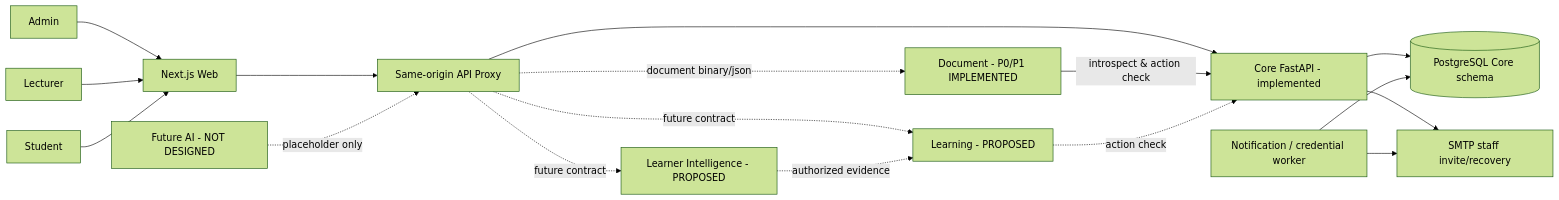
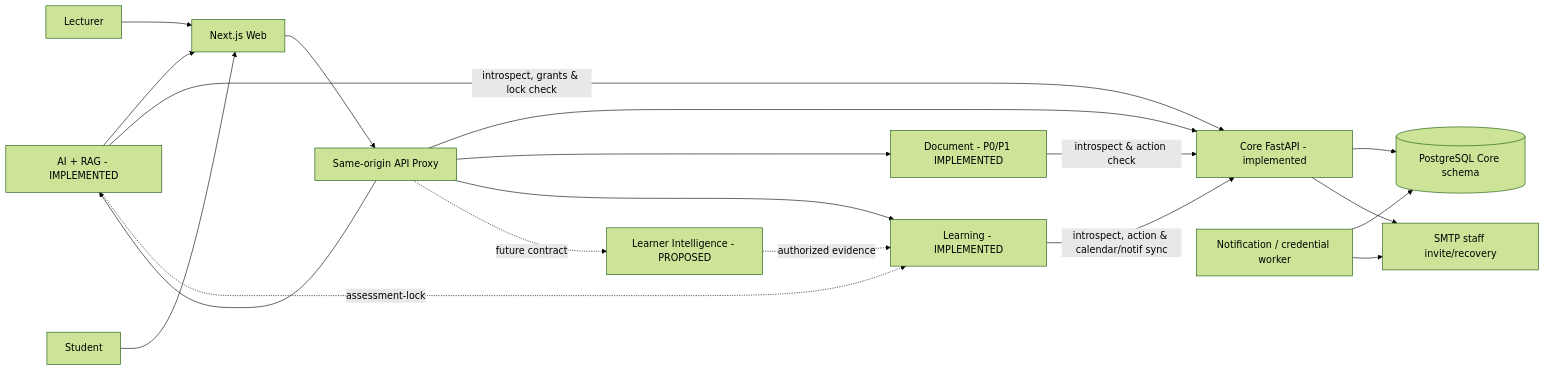
One commit to quantd0106/DATN changed the first of 2 diagrams in docs/architect/lumi-design/08_HLD.md. Above: the diagram before and after it, drawn with Mermaid (forest theme). The commit also changed other lines of this file and 107 other files, not shown here.

````diff
--- a/docs/architect/lumi-design/08_HLD.md
+++ b/docs/architect/lumi-design/08_HLD.md
@@ -13,19 +13,21 @@
 ```mermaid
 flowchart LR
     A[Admin] --> W[Next.js Web]
     T[Lecturer] --> W
     S[Student] --> W
     W --> P[Same-origin API Proxy]
     P --> C[Core FastAPI - implemented]
     C --> DB[(PostgreSQL Core schema)]
     C --> SM[SMTP staff invite/recovery]
     CW[Notification / credential worker] --> DB
     CW --> SM
-    P -. document binary/json .-> D[Document - P0/P1 IMPLEMENTED]
-    P -. future contract .-> L[Learning - PROPOSED]
+    P --> D[Document - P0/P1 IMPLEMENTED]
+    P --> A[AI + RAG - IMPLEMENTED]
+    P --> L[Learning - IMPLEMENTED]
     P -. future contract .-> I[Learner Intelligence - PROPOSED]
     D -- introspect & action check --> C
-    L -. action check .-> C
+    A -- introspect, grants & lock check --> C
+    A -. assessment-lock .-> L
+    L -- introspect, action & calendar/notif sync --> C
     I -. authorized evidence .-> L
-    FUT[Future AI - NOT DESIGNED] -. placeholder only .-> P
 ```
````
